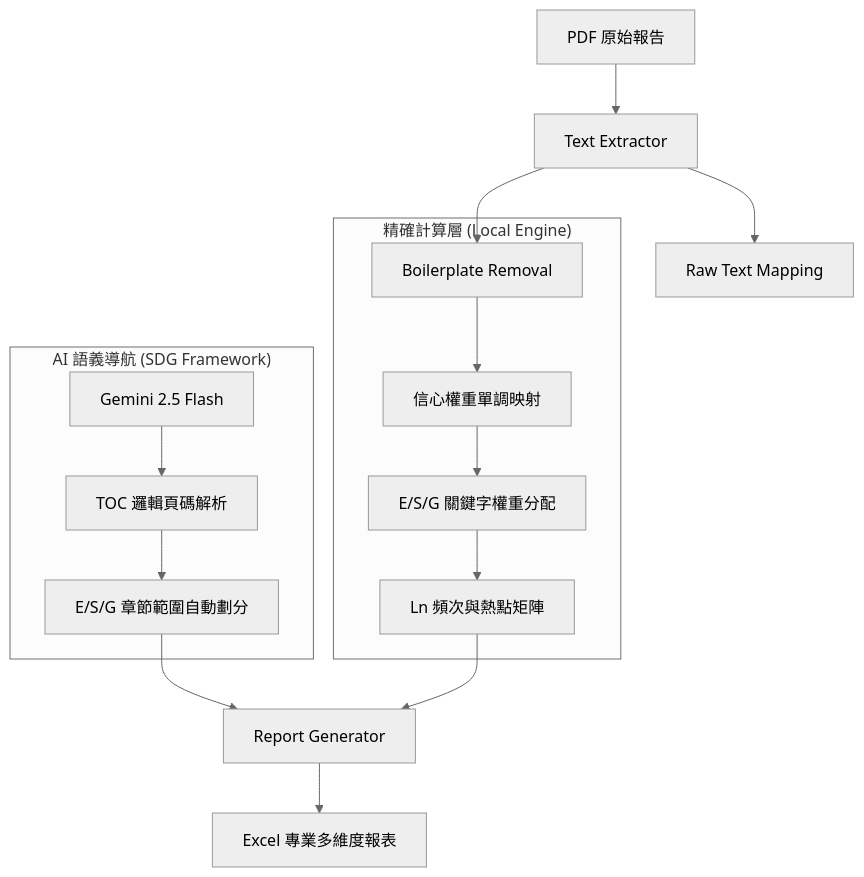
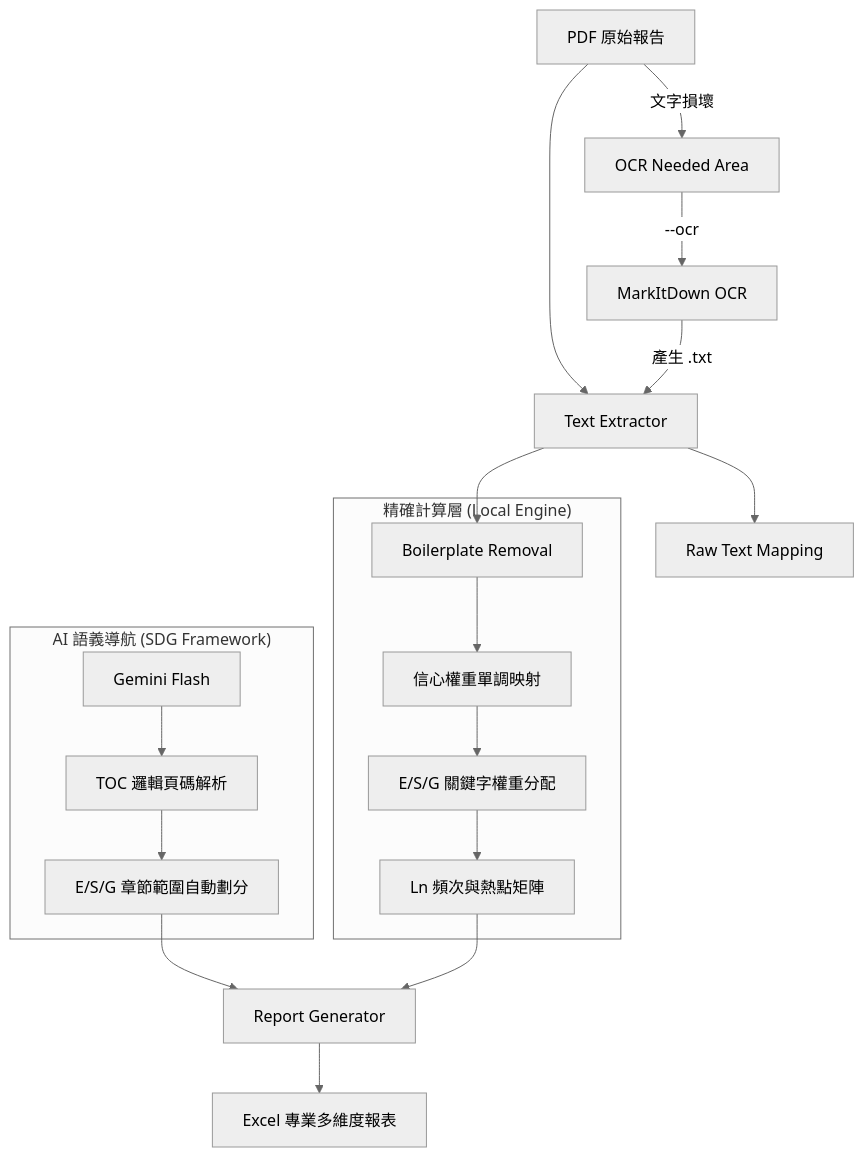
One commit to fsastone/Keyword_Analyzer changed the diagram in README.md. Above: the diagram before and after it, drawn with Mermaid (neutral theme). The commit also changed other lines of this file and 1 other file, not shown here.

````diff
--- a/README.md
+++ b/README.md
@@ -15,22 +19,26 @@
 ```mermaid
 graph TD
     A[PDF 原始報告] --> B[Text Extractor]
+    A -->|文字損壞| Z[OCR Needed Area]
+    Z -->|--ocr| Y[MarkItDown OCR]
+    Y -->|產生 .txt| B
+    
     B --> C[Raw Text Mapping]
     B --> D[Boilerplate Removal]
     
     subgraph "AI 語義導航 (SDG Framework)"
-        E[Gemini 2.5 Flash] --> F[TOC 邏輯頁碼解析]
+        E[Gemini Flash] --> F[TOC 邏輯頁碼解析]
         F --> G[E/S/G 章節範圍自動劃分]
     end
     
     subgraph "精確計算層 (Local Engine)"
         D --> H[信心權重單調映射]
         H --> I[E/S/G 關鍵字權重分配]
         I --> J[Ln 頻次與熱點矩陣]
     end
     
     G --> K[Report Generator]
     J --> K
     
     K --> L[Excel 專業多維度報表]
 ```
````
